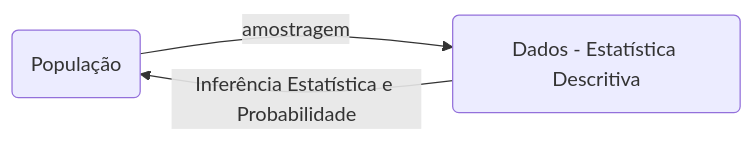
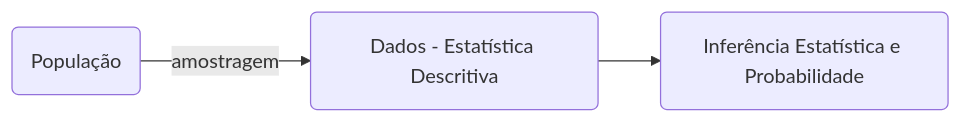
One commit to elainefs/faculdade changed the first of 2 diagrams in estatistica-aplicada-a-informatica/README.md. Above: the diagram before and after it, drawn with Mermaid. The commit also changed other lines of this file, not shown here.

Commit message:
Adiciona anotações sobre estatística aplicada à informática

````diff
--- a/estatistica-aplicada-a-informatica/README.md
+++ b/estatistica-aplicada-a-informatica/README.md
@@ -14,7 +14,7 @@
 ```mermaid
 flowchart LR
 
 A(População) -- amostragem --> B(Dados - Estatística Descritiva)
 
-B -- Inferência Estatística e Probabilidade --> A
+B --> C(Inferência Estatística e Probabilidade)
 ```
````
